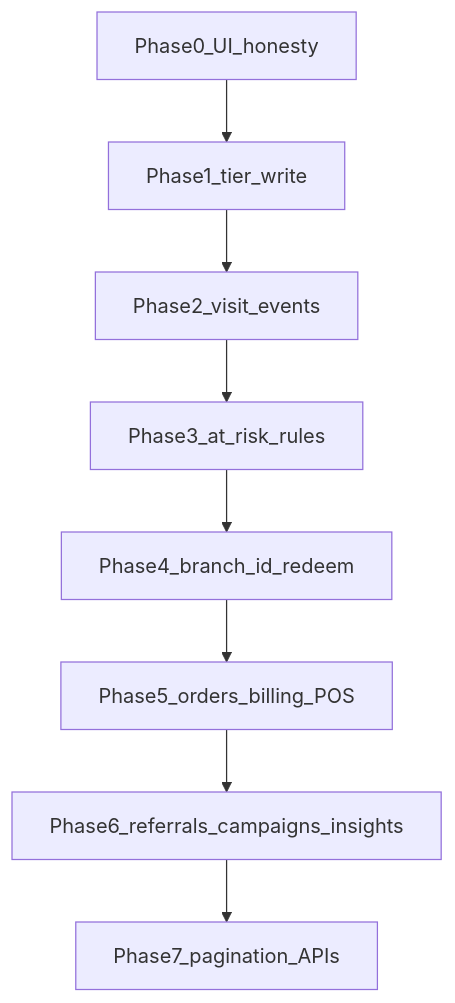
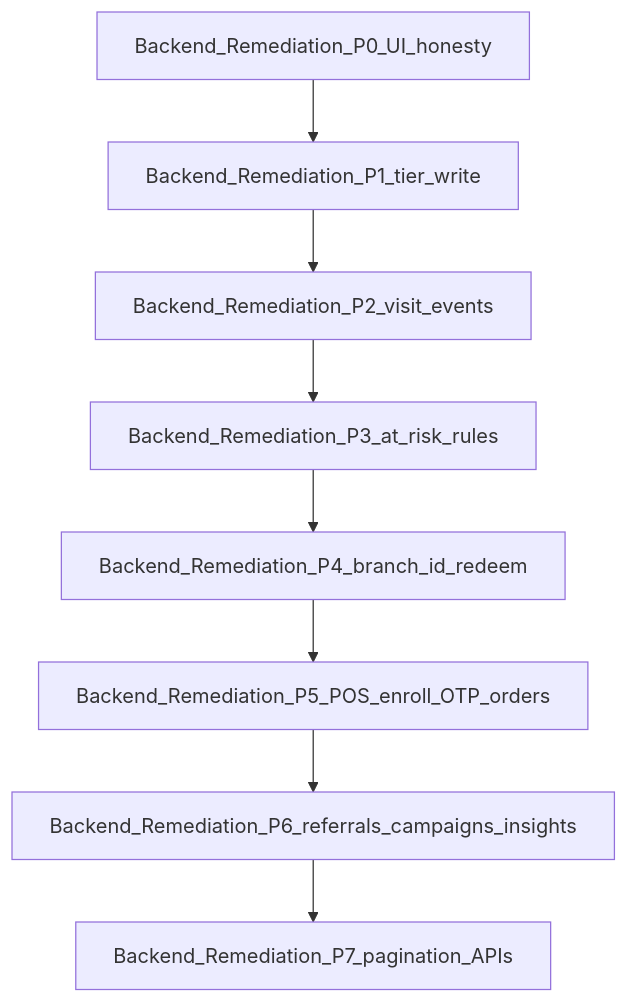
The diagram in docs/backend/remediation-roadmap.md (Ali-sherif/loyollo-web), drawn with Mermaid before and after one commit. The commit also changed other lines of this file and 36 other files, not shown here.

````diff
--- a/docs/backend/remediation-roadmap.md
+++ b/docs/backend/remediation-roadmap.md
@@ -9,10 +11,10 @@
 ```mermaid
 flowchart TD
-  P0[Phase0_UI_honesty] --> P1[Phase1_tier_write]
-  P1 --> P2[Phase2_visit_events]
-  P2 --> P3[Phase3_at_risk_rules]
-  P3 --> P4[Phase4_branch_id_redeem]
-  P4 --> P5[Phase5_orders_billing_POS]
-  P5 --> P6[Phase6_referrals_campaigns_insights]
-  P6 --> P7[Phase7_pagination_APIs]
+  P0[Backend_Remediation_P0_UI_honesty] --> P1[Backend_Remediation_P1_tier_write]
+  P1 --> P2[Backend_Remediation_P2_visit_events]
+  P2 --> P3[Backend_Remediation_P3_at_risk_rules]
+  P3 --> P4[Backend_Remediation_P4_branch_id_redeem]
+  P4 --> P5[Backend_Remediation_P5_POS_enroll_OTP_orders]
+  P5 --> P6[Backend_Remediation_P6_referrals_campaigns_insights]
+  P6 --> P7[Backend_Remediation_P7_pagination_APIs]
 ```
````
